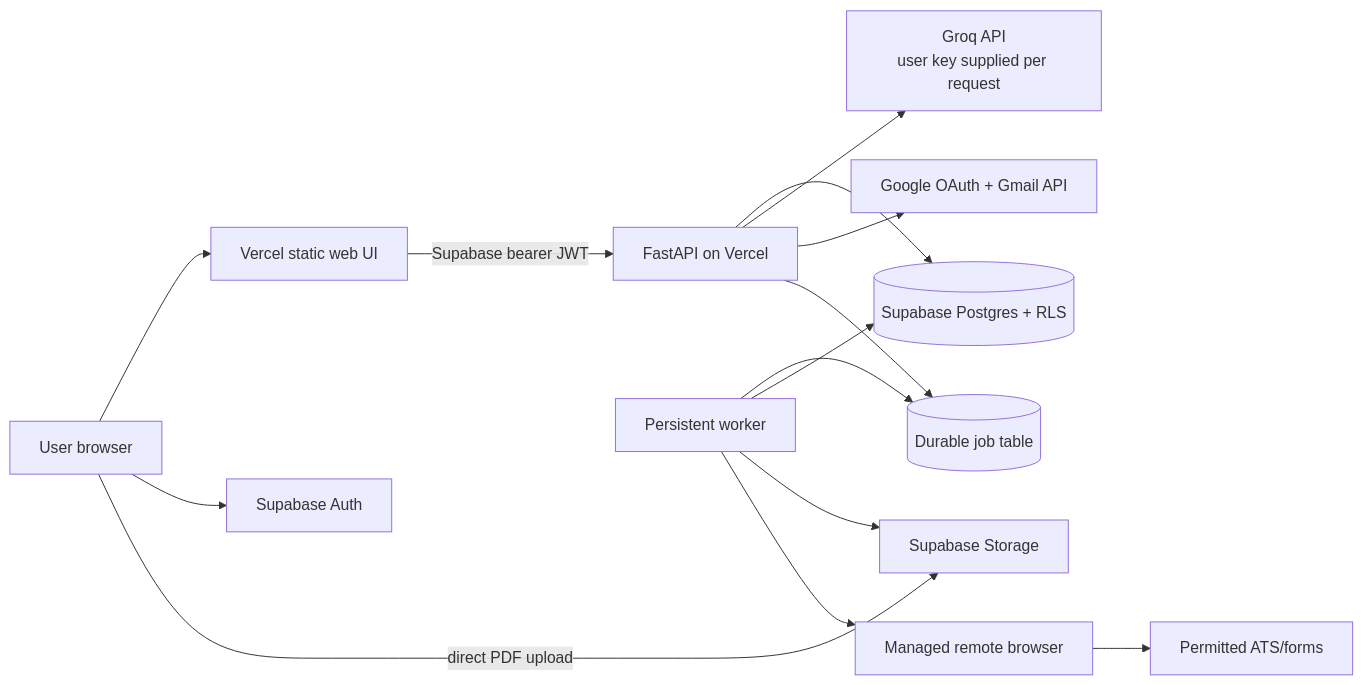
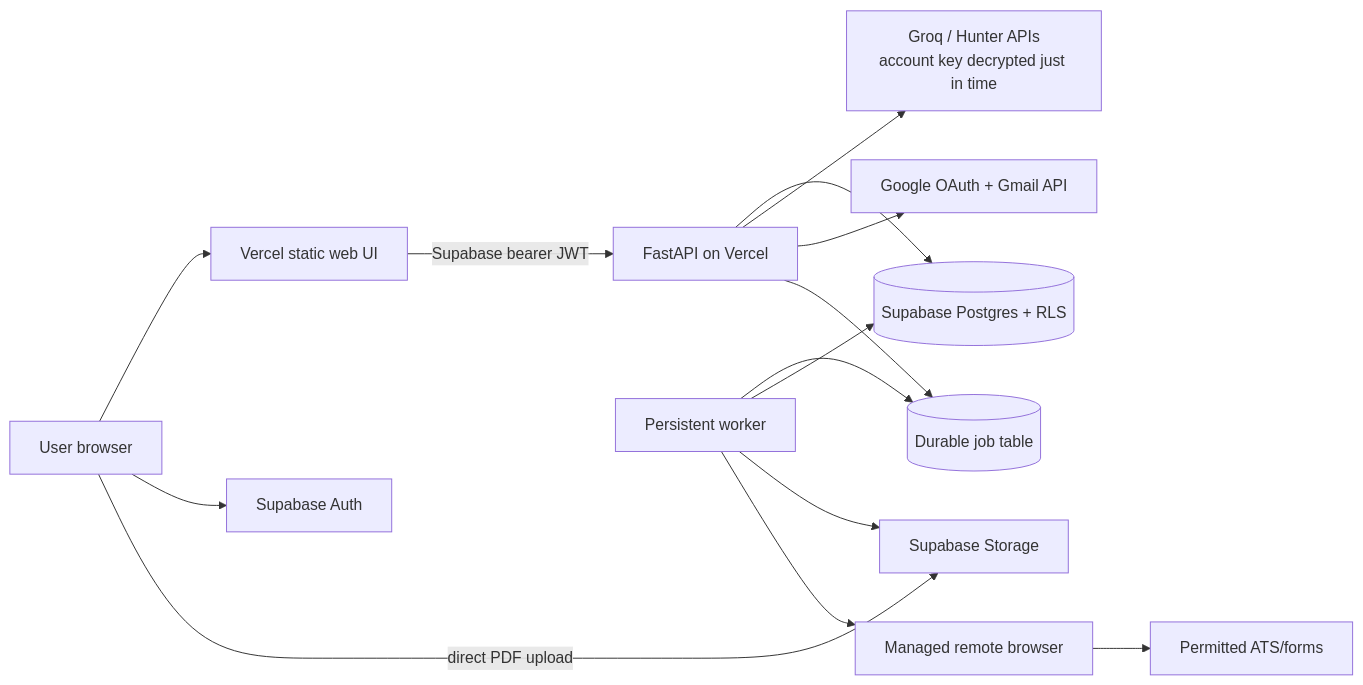
Before and after one commit to saadrizvi09/Mass-Auto-Apply: the diagram in docs/00-Research-and-Decision-Record.md, drawn with Mermaid. The commit also changed other lines of this file and 30 other files, not shown here.

````diff
--- a/docs/00-Research-and-Decision-Record.md
+++ b/docs/00-Research-and-Decision-Record.md
@@ -17,16 +17,16 @@
 ```mermaid
 flowchart LR
     USER[User browser] --> UI[Vercel static web UI]
     USER --> AUTH[Supabase Auth]
     USER -->|direct PDF upload| STORAGE[Supabase Storage]
     UI -->|Supabase bearer JWT| API[FastAPI on Vercel]
     API --> DB[(Supabase Postgres + RLS)]
-    API --> GROQ[Groq API<br/>user key supplied per request]
+    API --> PROVIDERS[Groq / Hunter APIs<br/>account key decrypted just in time]
     API --> GOOGLE[Google OAuth + Gmail API]
     API --> QUEUE[(Durable job table)]
     WORKER[Persistent worker] --> QUEUE
     WORKER --> DB
     WORKER --> STORAGE
     WORKER --> BROWSER[Managed remote browser]
     BROWSER --> ATS[Permitted ATS/forms]
 ```
````
